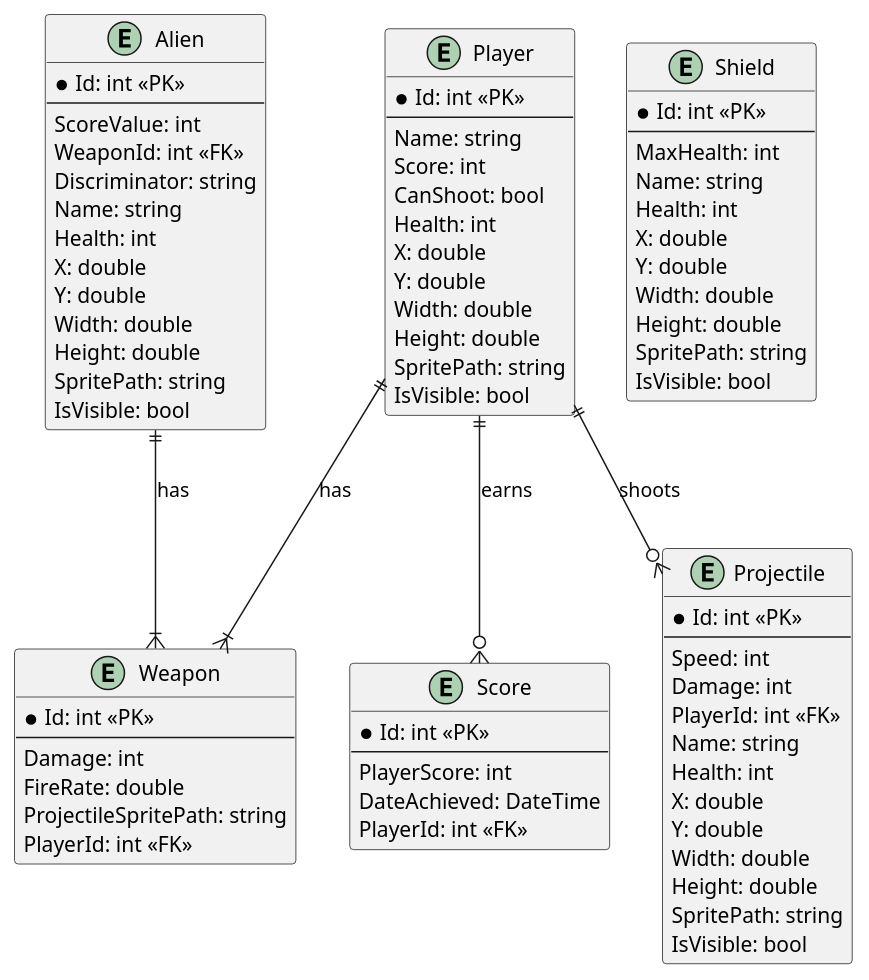
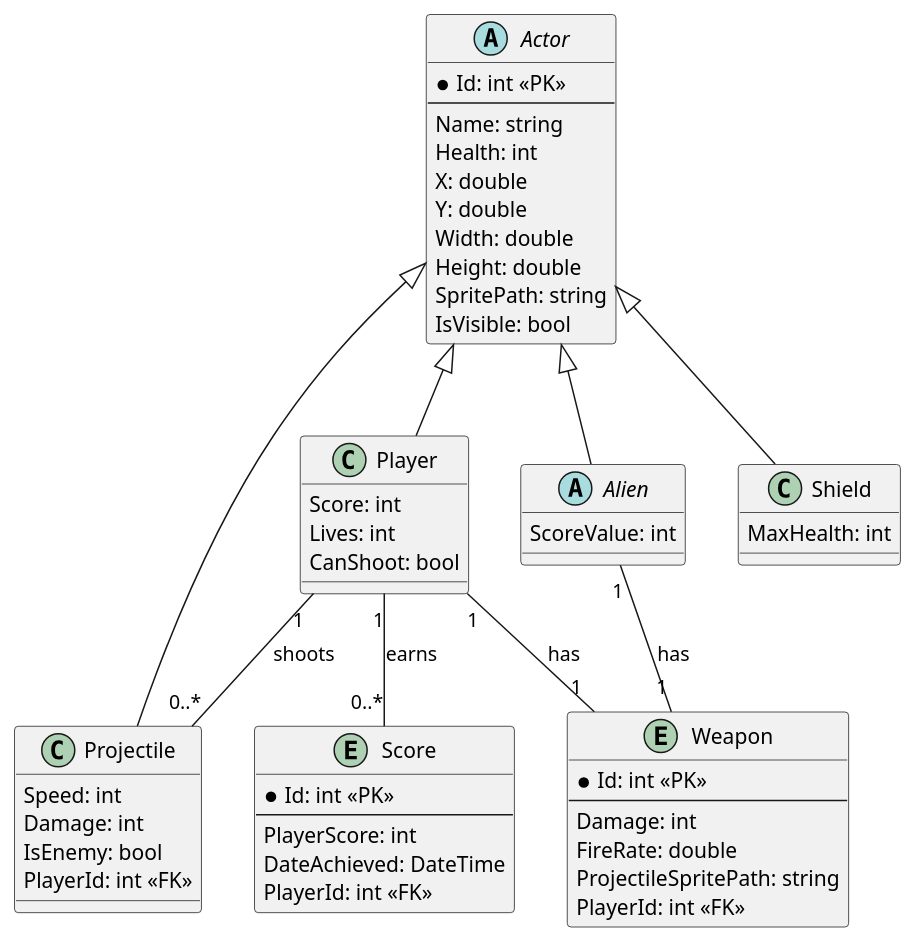
The diagram in Writerside/topics/Data-Model.md (Opaleiros-Foundation/space-invaders-punk), drawn with PlantUML before and after one commit. The commit also changed other lines of this file and 2 other files, not shown here.

Commit message:
docs: Update documentation for patterns, UML, and data model
- Updates the Design Patterns document to include the Strategy pattern and details about the WaveFactory.
- Updates the UML document to reflect the new architecture, splitting the main class diagram into three more focused diagrams for better readability.
- Includes updates to the Data Model documentation.

````diff
--- a/Writerside/topics/Data-Model.md
+++ b/Writerside/topics/Data-Model.md
@@ -35,26 +34,8 @@
 ```plantuml
 @startuml
-entity Player {
+abstract class Actor {
   *Id: int <<PK>>
   --
-  Name: string
-  Score: int
-  CanShoot: bool
-  Health: int
-  X: double
-  Y: double
-  Width: double
-  Height: double
-  SpritePath: string
-  IsVisible: bool
-}
-
-entity Alien {
-  *Id: int <<PK>>
-  --
-  ScoreValue: int
-  WeaponId: int <<FK>>
-  Discriminator: string
   Name: string
   Health: int
   X: double
@@ -65,34 +46,25 @@
   IsVisible: bool
 }
 
-entity Projectile {
-  *Id: int <<PK>>
-  --
+class Player extends Actor {
+  Score: int
+  Lives: int
+  CanShoot: bool
+}
+
+abstract class Alien extends Actor {
+  ScoreValue: int
+}
+
+class Projectile extends Actor {
   Speed: int
   Damage: int
+  IsEnemy: bool
   PlayerId: int <<FK>>
-  Name: string
-  Health: int
-  X: double
-  Y: double
-  Width: double
-  Height: double
-  SpritePath: string
-  IsVisible: bool
 }
 
-entity Shield {
-  *Id: int <<PK>>
-  --
+class Shield extends Actor {
   MaxHealth: int
-  Name: string
-  Health: int
-  X: double
-  Y: double
-  Width: double
-  Height: double
-  SpritePath: string
-  IsVisible: bool
 }
 
 entity Weapon {
@@ -112,10 +84,10 @@
   PlayerId: int <<FK>>
 }
 
-Player ||--o{ Projectile : "shoots"
-Player ||--o{ Score : "earns"
-Player ||--|{ Weapon : "has"
-Alien ||--|{ Weapon : "has"
+Player "1" -- "1" Weapon : has
+Player "1" -- "0..*" Score : earns
+Player "1" -- "0..*" Projectile : shoots
+Alien "1" -- "1" Weapon : has
 
 @enduml
 ```
````
